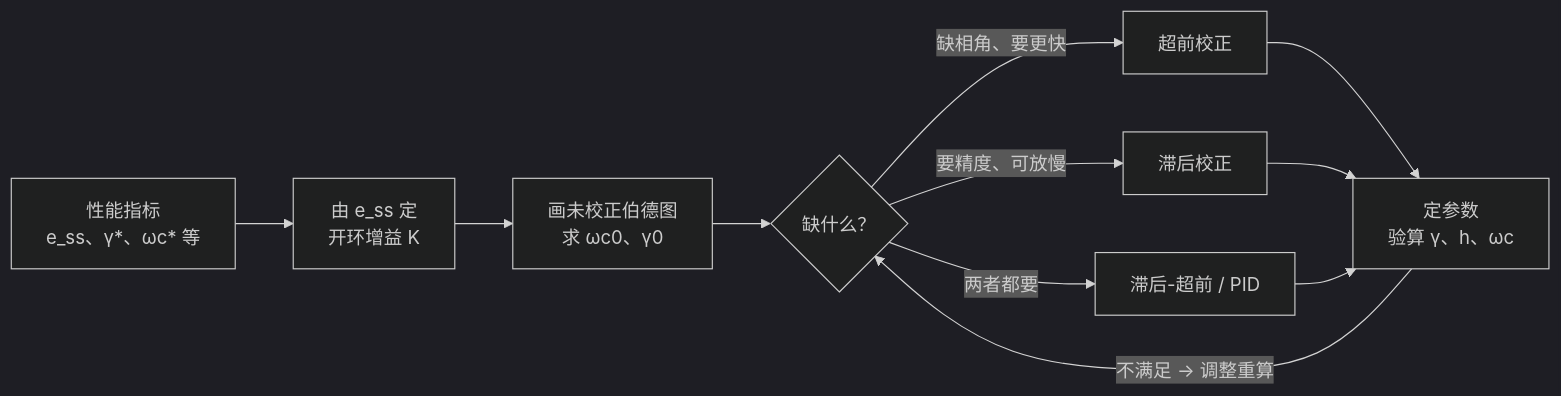
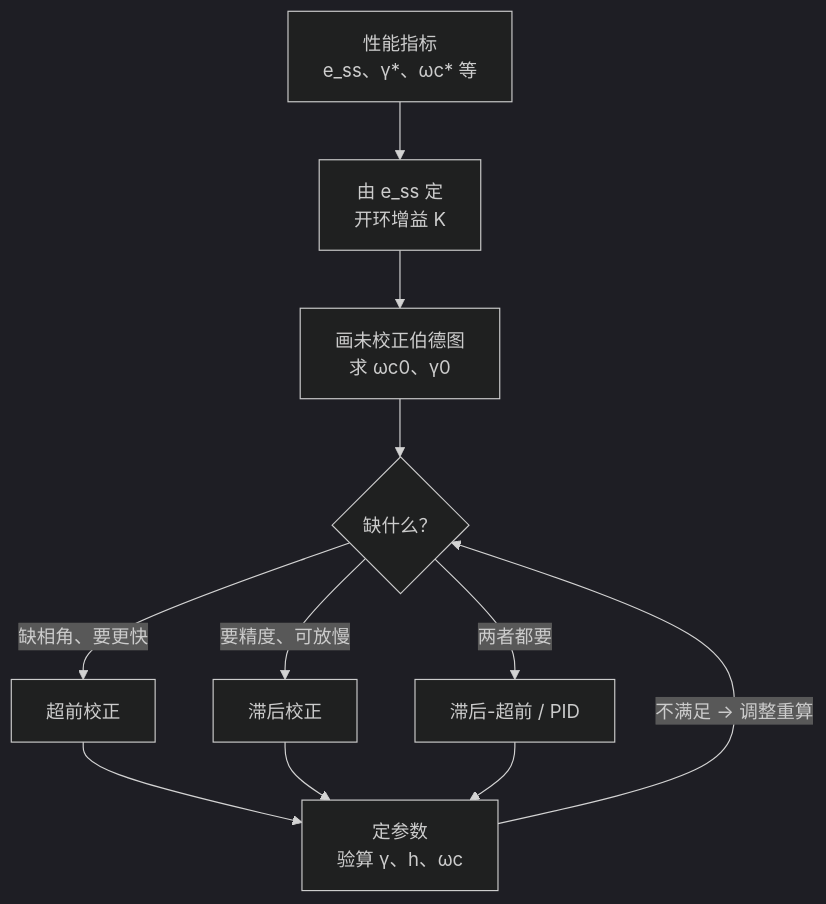
One commit to wangziyu1234/obsidian-vault changed the diagram in 控制理论/自动控制原理/06-4-b 设计总流程与例题.md. Above: the diagram before and after it, drawn with Mermaid (dark theme). The commit also changed other lines of this file and 251 other files, not shown here.

````diff
--- a/控制理论/自动控制原理/06-4-b 设计总流程与例题.md
+++ b/控制理论/自动控制原理/06-4-b 设计总流程与例题.md
@@ -16,13 +16,13 @@
 ```mermaid
-flowchart LR
+flowchart TD
     A["性能指标<br/>e_ss、γ*、ωc* 等"] --> B["由 e_ss 定<br/>开环增益 K"]
     B --> C["画未校正伯德图<br/>求 ωc0、γ0"]
     C --> D{"缺什么？"}
     D -- "缺相角、要更快" --> E["超前校正"]
     D -- "要精度、可放慢" --> F["滞后校正"]
     D -- "两者都要" --> G["滞后-超前 / PID"]
     E --> H["定参数<br/>验算 γ、h、ωc"]
     F --> H
     G --> H
     H -- "不满足 → 调整重算" --> D
 ```
````
